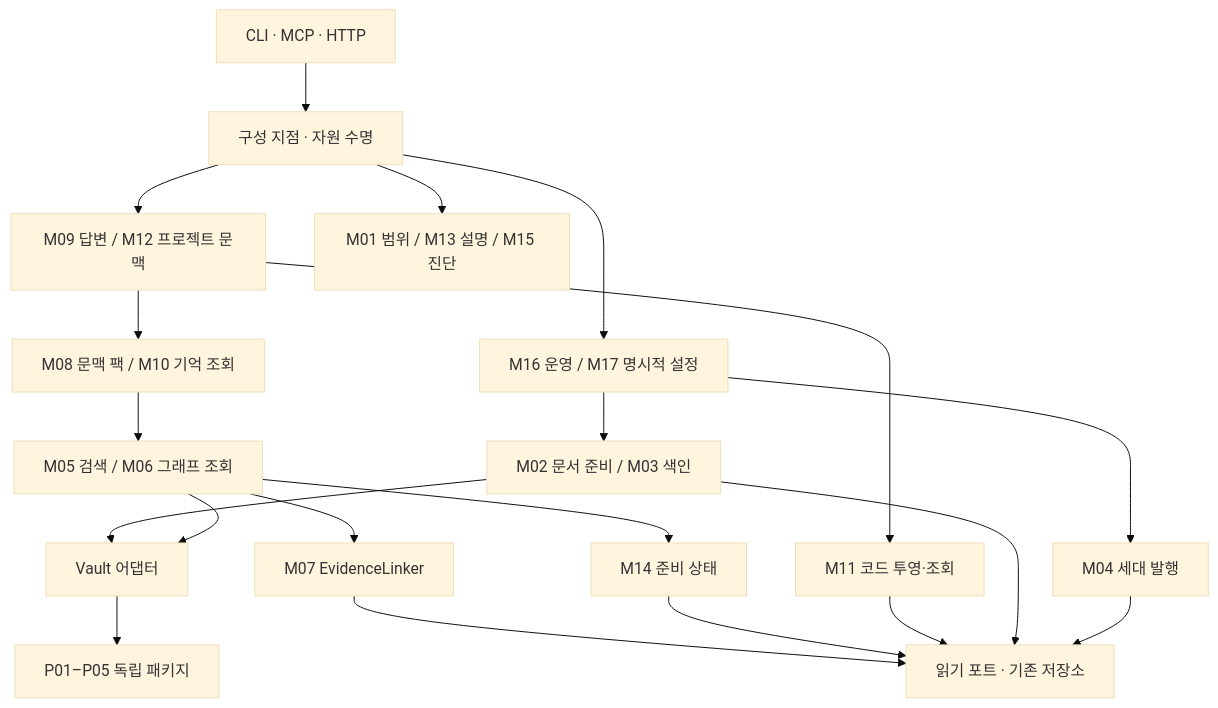
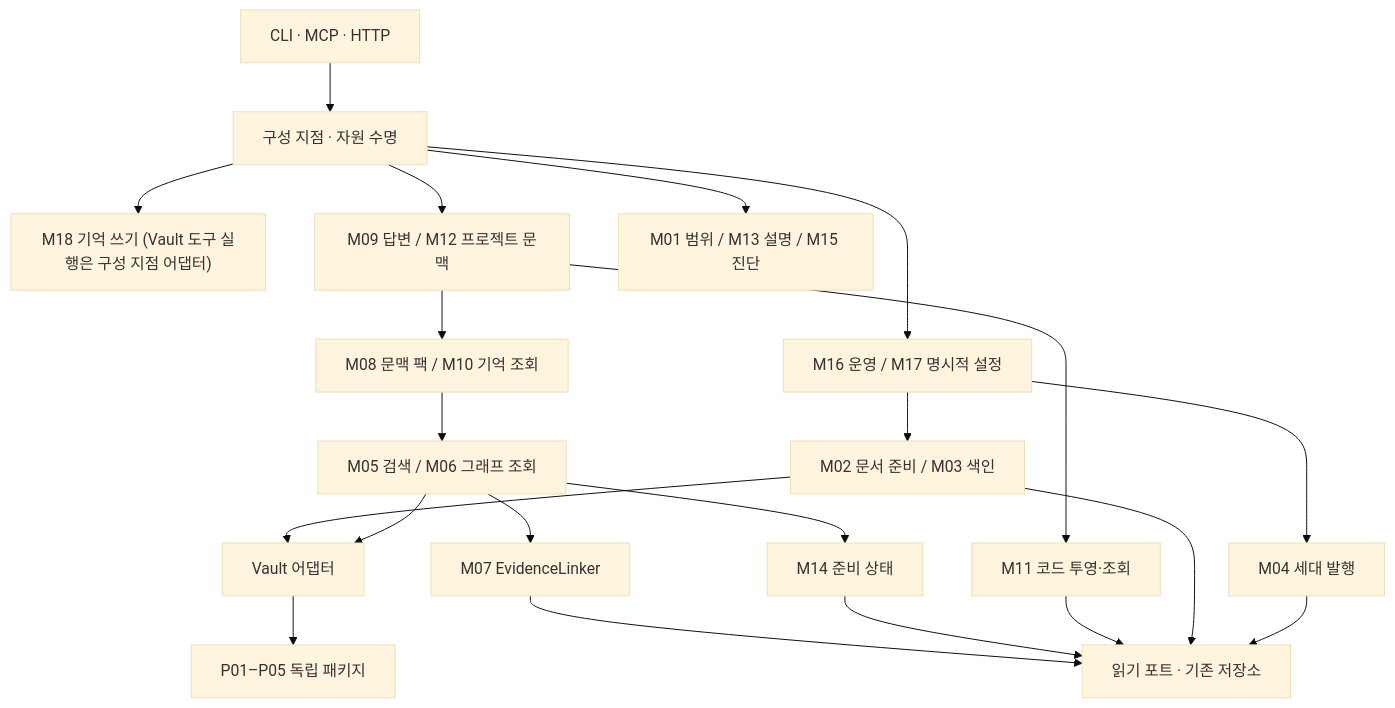
Before and after one commit to cutehackers/vault-graph: the diagram in docs/design/specs/2026-10-15-vault-graph-modular-architecture-ko.md, drawn with Mermaid (base theme). The commit also changed other lines of this file and 7 other files, not shown here.

````diff
--- a/docs/design/specs/2026-10-15-vault-graph-modular-architecture-ko.md
+++ b/docs/design/specs/2026-10-15-vault-graph-modular-architecture-ko.md
@@ -90,22 +91,23 @@
 ```mermaid
 flowchart TB
     ENTRY["CLI · MCP · HTTP"] --> ROOT["구성 지점 · 자원 수명"]
     ROOT --> OPS["M16 운영 / M17 명시적 설정"]
+    ROOT --> MEM["M18 기억 쓰기 (Vault 도구 실행은 구성 지점 어댑터)"]
     ROOT --> QUERY["M09 답변 / M12 프로젝트 문맥"]
     QUERY --> VIEW["M08 문맥 팩 / M10 기억 조회"]
     VIEW --> RET["M05 검색 / M06 그래프 조회"]
     QUERY --> CODE["M11 코드 투영·조회"]
     RET --> LINK["M07 EvidenceLinker"]
     RET --> READY["M14 준비 상태"]
     OPS --> IDX["M02 문서 준비 / M03 색인"]
     OPS --> PUB["M04 세대 발행"]
     IDX --> AD["Vault 어댑터"]
     RET --> AD
     AD --> PKG["P01–P05 독립 패키지"]
     LINK --> PORT["읽기 포트 · 기존 저장소"]
     READY --> PORT
     CODE --> PORT
     IDX --> PORT
     PUB --> PORT
     ROOT --> SUPPORT["M01 범위 / M13 설명 / M15 진단"]
 ```
````
